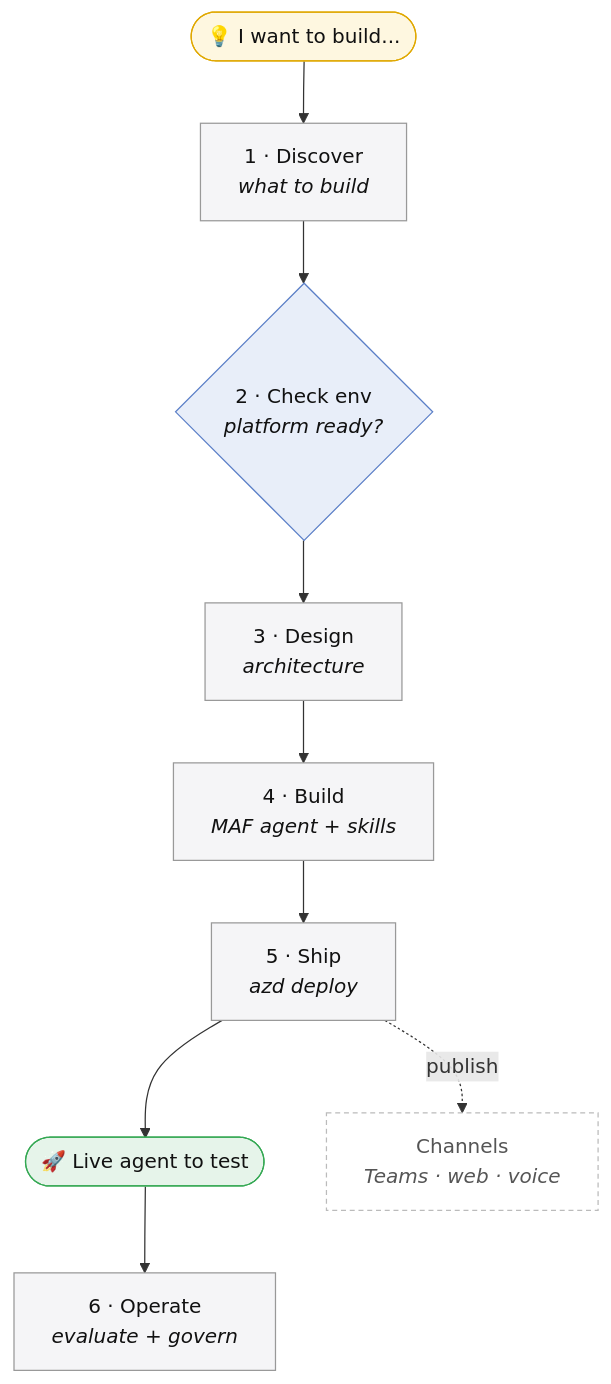
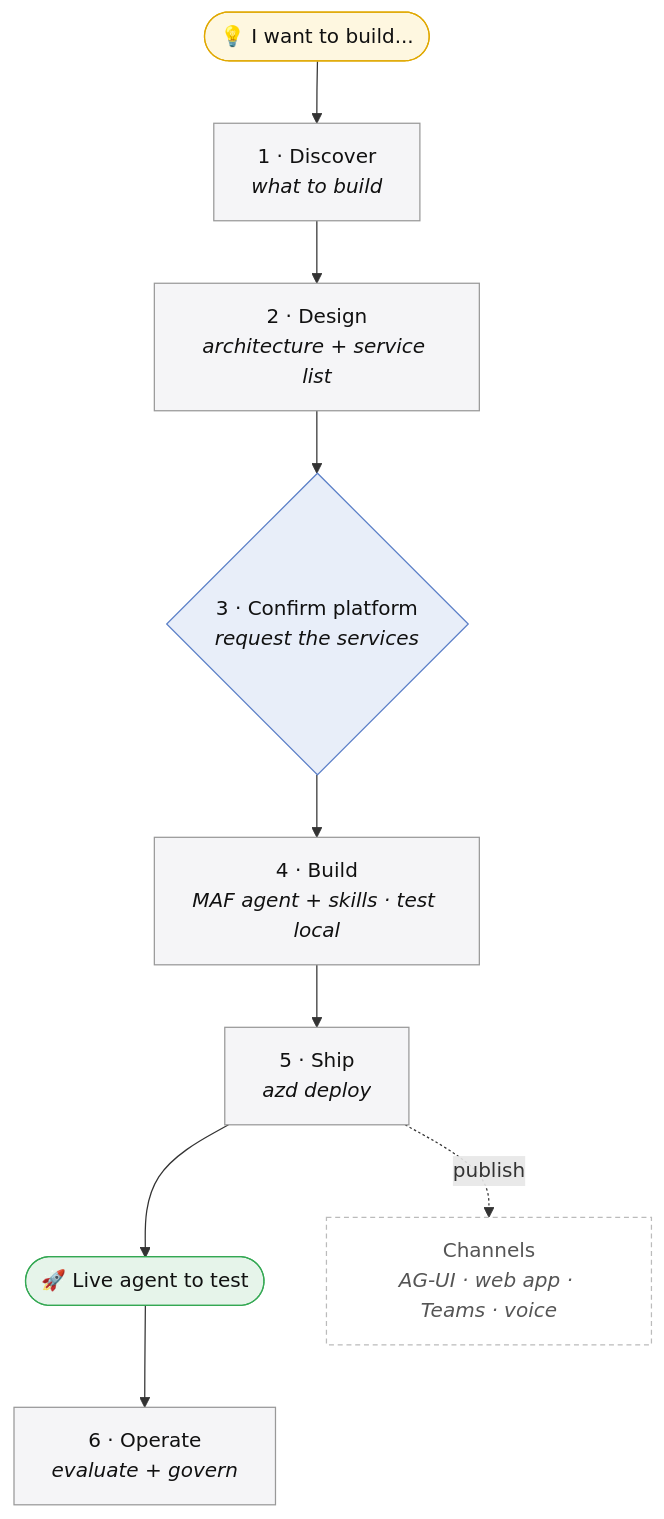
One commit to hamza-roujdami/agent-factory-starter changed the first of 2 diagrams in README.md. Above: the diagram before and after it, drawn with Mermaid. The commit also changed other lines of this file and 4 other files, not shown here.

Commit message:
Reorder journey: Design before platform; platform = request design-driven services (last gate before coding)

````diff
--- a/README.md
+++ b/README.md
@@ -28,19 +28,19 @@
 ```mermaid
 flowchart TD
     idea([💡 I want to build...]):::start --> D
-    D[1 · Discover<br/><i>what to build</i>]:::step --> C
-    C{2 · Check env<br/><i>platform ready?</i>}:::gate --> DES
-    DES[3 · Design<br/><i>architecture</i>]:::step --> B
-    B[4 · Build<br/><i>MAF agent + skills</i>]:::step --> S
+    D[1 · Discover<br/><i>what to build</i>]:::step --> DES
+    DES[2 · Design<br/><i>architecture + service list</i>]:::step --> C
+    C{3 · Confirm platform<br/><i>request the services</i>}:::gate --> B
+    B[4 · Build<br/><i>MAF agent + skills · test local</i>]:::step --> S
     S[5 · Ship<br/><i>azd deploy</i>]:::step --> live
     live([🚀 Live agent to test]):::done --> O
     O[6 · Operate<br/><i>evaluate + govern</i>]:::step
 
-    S -. publish .-> CH[Channels<br/><i>Teams · web · voice</i>]:::side
+    S -. publish .-> CH[Channels<br/><i>AG-UI · web app · Teams · voice</i>]:::side
 
     classDef start fill:#fef7e0,stroke:#e0a800,color:#111;
     classDef done fill:#e6f4ea,stroke:#34a853,color:#111;
     classDef gate fill:#e8eef9,stroke:#5b7fc7,color:#111;
     classDef step fill:#f5f5f7,stroke:#999,color:#111;
     classDef side fill:#fff,stroke:#bbb,color:#555,stroke-dasharray:4 3;
 ```
````
